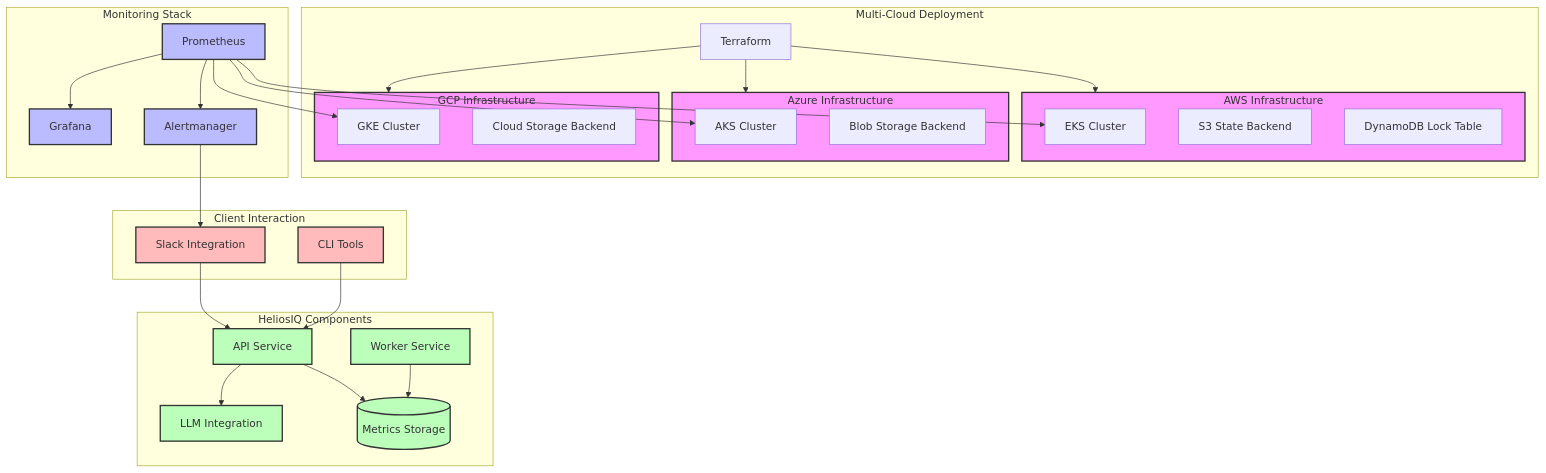
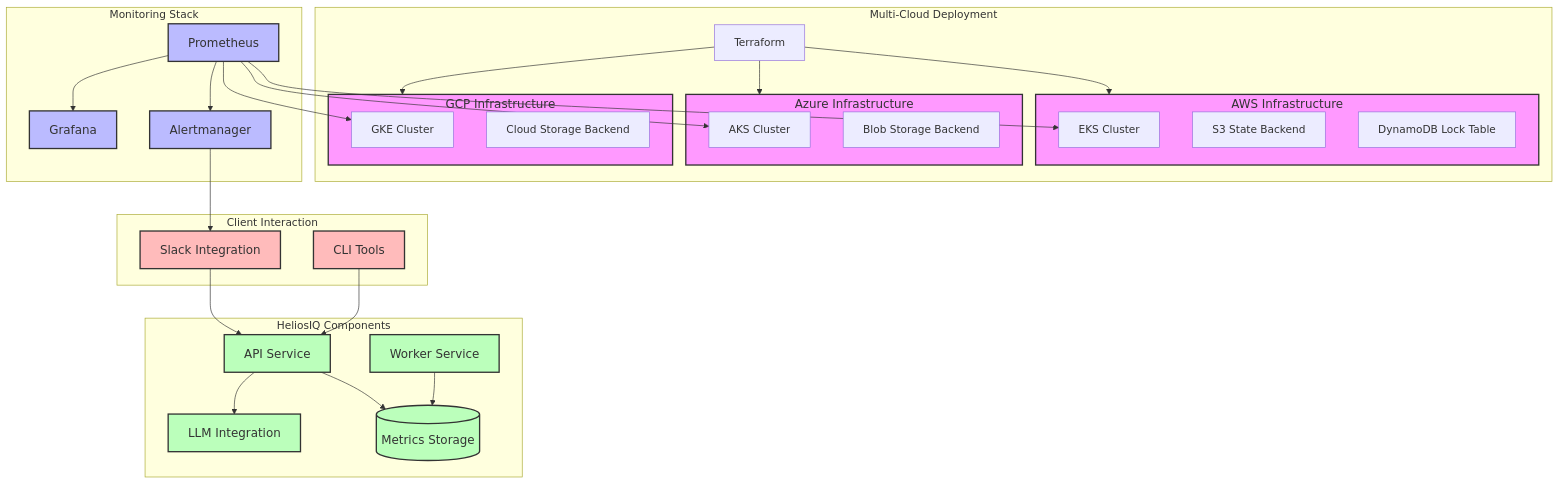
Before and after one commit to MichaelGoodeaux/HeliosIQ: the diagram in README.md, drawn with Mermaid.

Commit message:
docs(readme): improving readability of mermaid diagram

````diff
--- a/README.md
+++ b/README.md
@@ -50,68 +50,69 @@
 ```mermaid
+%%{init: {'theme': 'default', 'themeVariables': {'fontSize': '16px', 'nodeSpacing': '20px', 'edgeSpacing': '10px'}}}%%
 graph TB
     subgraph Client["Client Interaction"]
         SLK[Slack Integration]
         CLI[CLI Tools]
     end
 
     subgraph MC["Multi-Cloud Deployment"]
         TF[Terraform] --> AWS
         TF --> AZ[Azure]
         TF --> GCP
         
         subgraph AWS["AWS Infrastructure"]
             EKS[EKS Cluster]
             S3[S3 State Backend]
             DYNB[DynamoDB Lock Table]
         end
         
         subgraph AZ["Azure Infrastructure"]
             AKS[AKS Cluster]
             BLOB[Blob Storage Backend]
         end
         
         subgraph GCP["GCP Infrastructure"]
             GKE[GKE Cluster]
             GCS[Cloud Storage Backend]
         end
     end
 
     subgraph MON["Monitoring Stack"]
         PROM[Prometheus]
         GRAF[Grafana]
         ALERT[Alertmanager]
     end
 
     subgraph APP["HeliosIQ Components"]
         API[API Service]
         WORKER[Worker Service]
         LLM[LLM Integration]
         DB[(Metrics Storage)]
     end
 
     SLK --> API
     CLI --> API
     
     API --> LLM
     API --> DB
     WORKER --> DB
     
     PROM --> EKS
     PROM --> AKS
     PROM --> GKE
     
     PROM --> ALERT
     PROM --> GRAF
     
     ALERT --> SLK
 
-    classDef cloud fill:#f9f,stroke:#333,stroke-width:2px
-    classDef monitoring fill:#bbf,stroke:#333,stroke-width:2px
-    classDef app fill:#bfb,stroke:#333,stroke-width:2px
-    classDef client fill:#fbb,stroke:#333,stroke-width:2px
+    classDef cloud fill:#f9f,stroke:#333,stroke-width:2px,font-size:18px
+    classDef monitoring fill:#bbf,stroke:#333,stroke-width:2px,font-size:18px
+    classDef app fill:#bfb,stroke:#333,stroke-width:2px,font-size:18px
+    classDef client fill:#fbb,stroke:#333,stroke-width:2px,font-size:18px
     
     class AWS,AZ,GCP cloud
     class PROM,GRAF,ALERT monitoring
     class API,WORKER,LLM,DB app
     class SLK,CLI client
 ```
````
